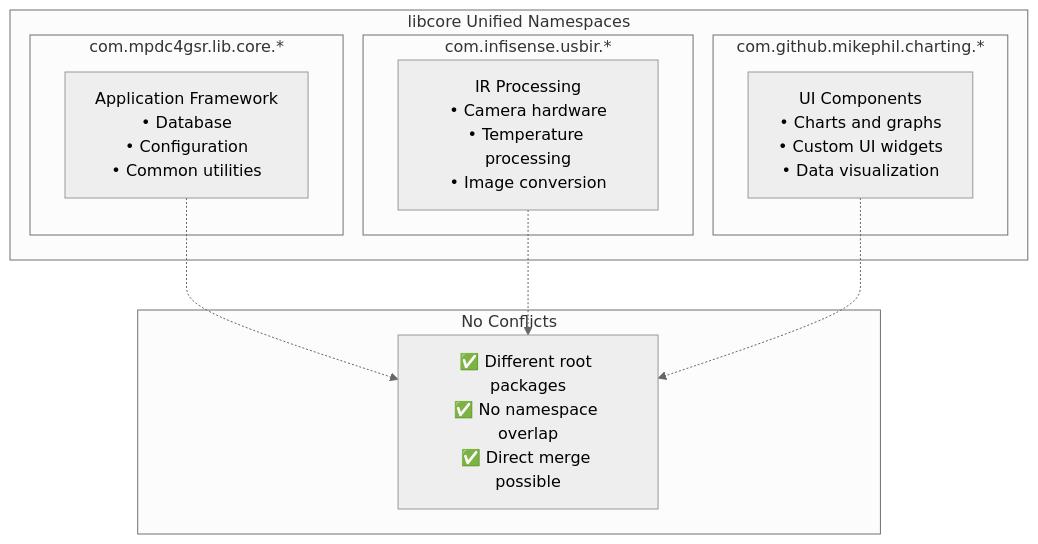
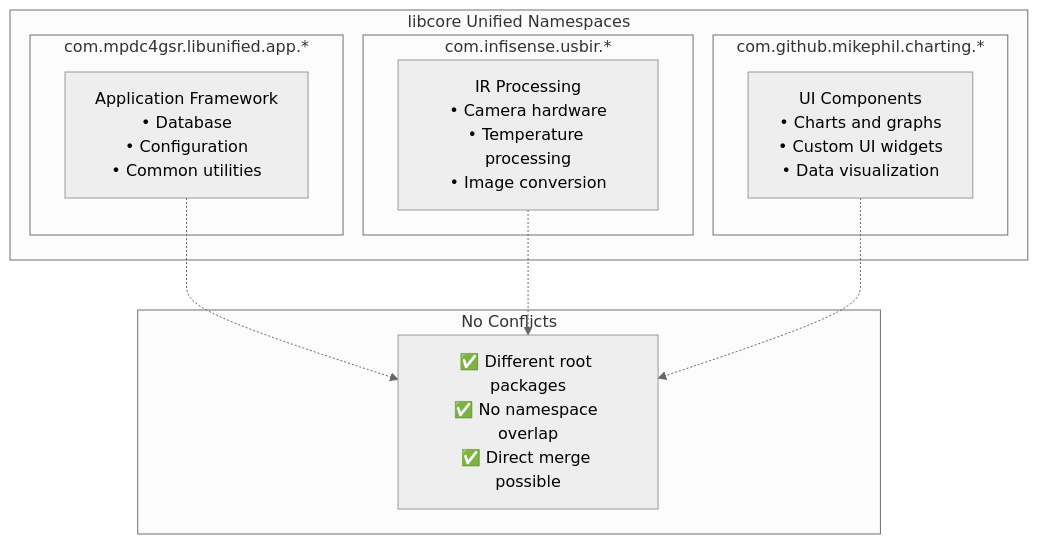
Before and after one commit to uclgsr/IRCamera: the fifth of 8 diagrams in MERMAID_DIAGRAMS.md, drawn with Mermaid (neutral theme). The commit also changed 91 other files, not shown here.

First line of the commit message:
Refactor core imports to libunified.app namespace

````diff
--- a/MERMAID_DIAGRAMS.md
+++ b/MERMAID_DIAGRAMS.md
@@ -225,24 +225,24 @@
 ```mermaid
 graph TB
     subgraph "libcore Unified Namespaces"
-        subgraph "com.mpdc4gsr.lib.core.*"
+        subgraph "com.mpdc4gsr.libunified.app.*"
             AppFramework[Application Framework<br/>• Database<br/>• Configuration<br/>• Common utilities]
         end
         
         subgraph "com.infisense.usbir.*"
             IRProcessing[IR Processing<br/>• Camera hardware<br/>• Temperature processing<br/>• Image conversion]
         end
         
         subgraph "com.github.mikephil.charting.*"
             UIComponents[UI Components<br/>• Charts and graphs<br/>• Custom UI widgets<br/>• Data visualization]
         end
     end
     
     subgraph "No Conflicts"
         NoConflicts[✅ Different root packages<br/>✅ No namespace overlap<br/>✅ Direct merge possible]
     end
     
     AppFramework -.-> NoConflicts
     IRProcessing -.-> NoConflicts
     UIComponents -.-> NoConflicts
 ```
````
